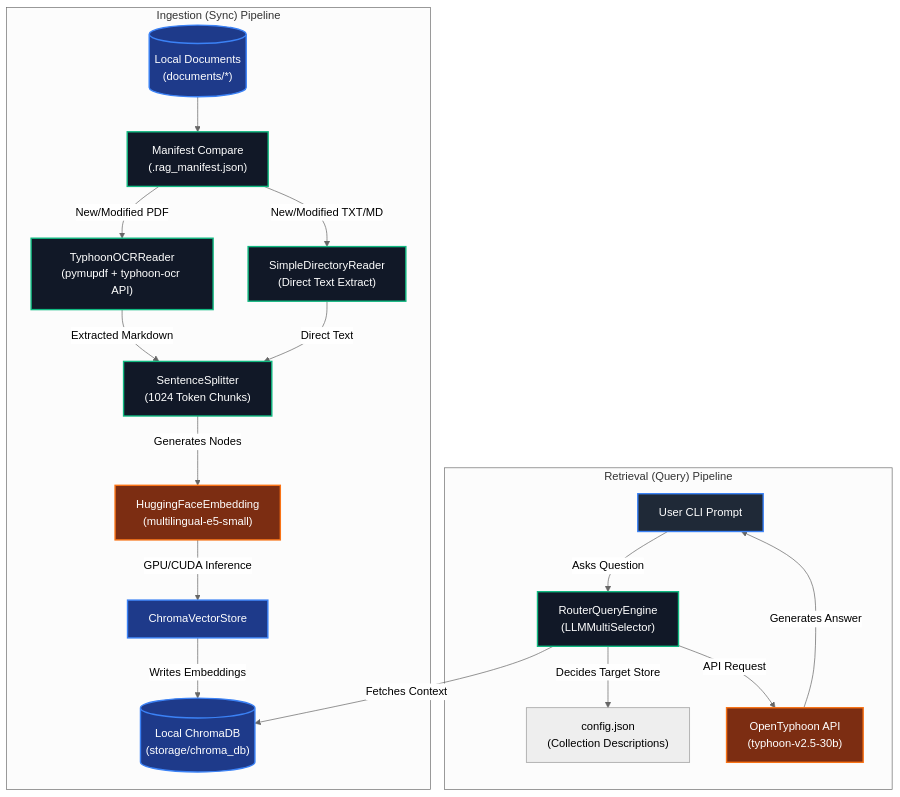
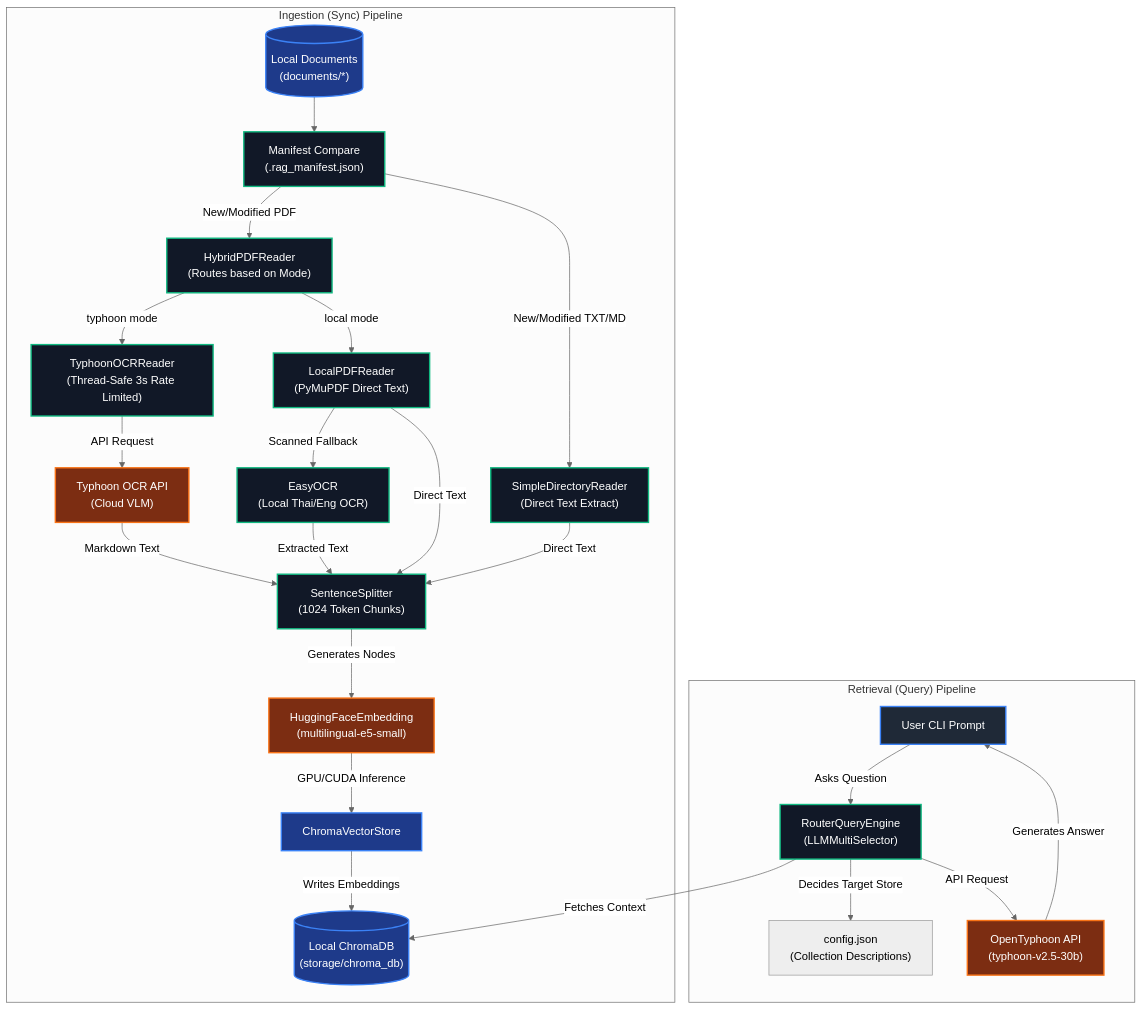
One commit to PhoengZ/rag-agent-help-studying changed the diagram in README.md. Above: the diagram before and after it, drawn with Mermaid (neutral theme). The commit also changed other lines of this file, not shown here.

````diff
--- a/README.md
+++ b/README.md
@@ -46,33 +48,43 @@
 ```mermaid
 graph TD
     %% Define Node Styles
     classDef client fill:#1f2937,stroke:#3b82f6,stroke-width:2px,color:#fff;
     classDef logic fill:#111827,stroke:#10b981,stroke-width:2px,color:#fff;
     classDef db fill:#1e3a8a,stroke:#3b82f6,stroke-width:2px,color:#fff;
     classDef external fill:#7c2d12,stroke:#f97316,stroke-width:2px,color:#fff;
 
     subgraph "Ingestion (Sync) Pipeline"
         Docs[("Local Documents\n(documents/*)")] --> HashCheck["Manifest Compare\n(.rag_manifest.json)"]
-        HashCheck -->|New/Modified PDF| OCR["TyphoonOCRReader\n(pymupdf + typhoon-ocr API)"]
+        HashCheck -->|New/Modified PDF| Hybrid["HybridPDFReader\n(Routes based on Mode)"]
         HashCheck -->|New/Modified TXT/MD| TextReader["SimpleDirectoryReader\n(Direct Text Extract)"]
-        OCR -->|Extracted Markdown| Splitter["SentenceSplitter\n(1024 Token Chunks)"]
+        
+        Hybrid -->|local mode| LocalReader["LocalPDFReader\n(PyMuPDF Direct Text)"]
+        LocalReader -->|Scanned Fallback| EasyOCR["EasyOCR\n(Local Thai/Eng OCR)"]
+        Hybrid -->|typhoon mode| OCR["TyphoonOCRReader\n(Thread-Safe 3s Rate Limited)"]
+        
+        OCR -->|API Request| TyphoonAPI["Typhoon OCR API\n(Cloud VLM)"]
+        TyphoonAPI -->|Markdown Text| Splitter["SentenceSplitter\n(1024 Token Chunks)"]
+        
+        EasyOCR -->|Extracted Text| Splitter
+        LocalReader -->|Direct Text| Splitter
         TextReader -->|Direct Text| Splitter
+        
         Splitter -->|Generates Nodes| EmbedModel["HuggingFaceEmbedding\n(multilingual-e5-small)"]
         EmbedModel -->|GPU/CUDA Inference| VectorStore["ChromaVectorStore"]
         VectorStore -->|Writes Embeddings| ChromaDB[("Local ChromaDB\n(storage/chroma_db)")]
     end
 
     subgraph "Retrieval (Query) Pipeline"
         User["User CLI Prompt"] -->|Asks Question| Router["RouterQueryEngine\n(LLMMultiSelector)"]
         Router -->|Decides Target Store| Config["config.json\n(Collection Descriptions)"]
         Router -->|API Request| LLM["OpenTyphoon API\n(typhoon-v2.5-30b)"]
         Router -->|Fetches Context| ChromaDB
         LLM -->|Generates Answer| User
     end
 
     %% Apply styles
     class User client;
-    class TextReader,OCR,Splitter,HashCheck,Router logic;
+    class TextReader,Hybrid,LocalReader,EasyOCR,OCR,Splitter,HashCheck,Router logic;
     class Docs,ChromaDB,VectorStore db;
-    class EmbedModel,LLM external;
+    class EmbedModel,LLM,TyphoonAPI external;
 ```
````
